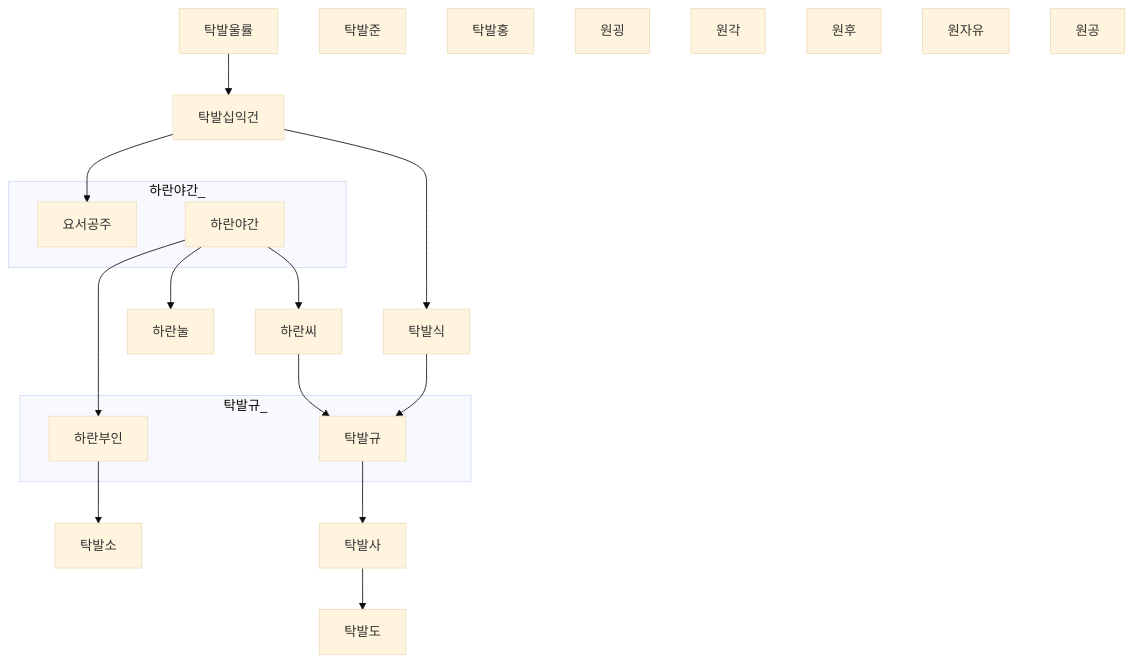
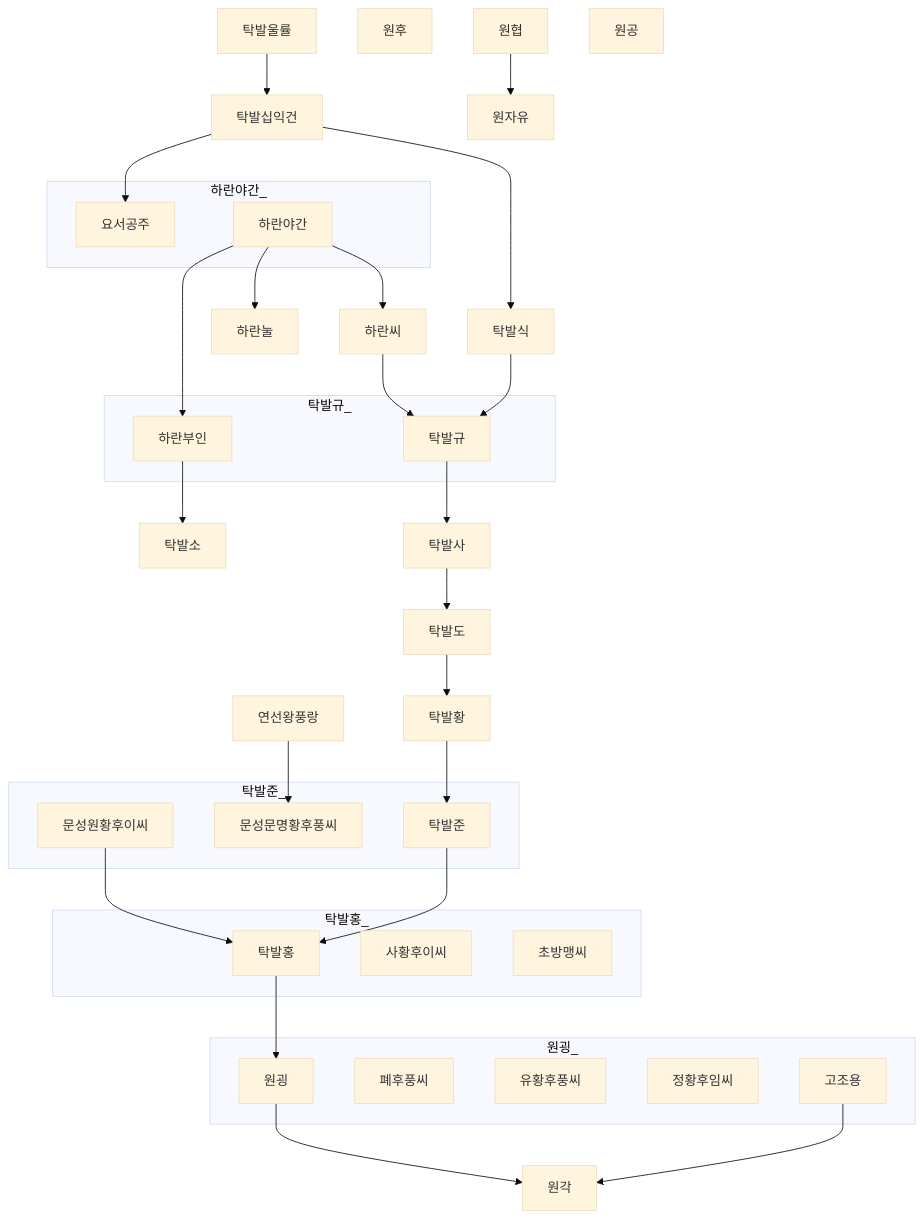
The diagram in 중국사/북위.md (daewonyoon/historigram), drawn with Mermaid (base theme) before and after one commit. The commit also changed 5 other files, not shown here.

````diff
--- a/중국사/북위.md
+++ b/중국사/북위.md
@@ -2,30 +2,49 @@
 ```mermaid
 
 graph TD
 
  탁발울률 --> 탁발십익건 --> 요서공주
  subgraph 하란야간_
   하란야간
   요서공주
  end
  탁발십익건 --> 탁발식 --> 탁발규 
  하란야간 --> 하란눌 
  하란야간 --> 하란씨 --> 탁발규
  하란야간 --> 하란부인
  subgraph 탁발규_
  탁발규
  하란부인
  end
  하란부인 --> 탁발소
 
- 탁발규 --> 탁발사 -->  탁발도
- 탁발준
- 탁발홍
- 원굉
- 원각
+ 탁발규 --> 탁발사 -->  탁발도 --> 탁발황 --> 탁발준 --> 탁발홍
+ 연선왕풍랑 --> 문성문명황후풍씨
+ subgraph 탁발준_
+   탁발준
+   문성문명황후풍씨
+   문성원황후이씨
+ end
+ 문성원황후이씨 --> 탁발홍
+ subgraph 탁발홍_
+   탁발홍
+   사황후이씨
+   초방맹씨
+
+ end
+ subgraph 원굉_
+   원굉
+   폐후풍씨
+   유황후풍씨
+   정황후임씨
+   고조용
+ end
+ 
+ 고조용 --> 원각
+ 탁발홍 --> 원굉 --> 원각
  원후
- 원자유
+ 원협 --> 원자유
  원공
 
 
 ```
````
